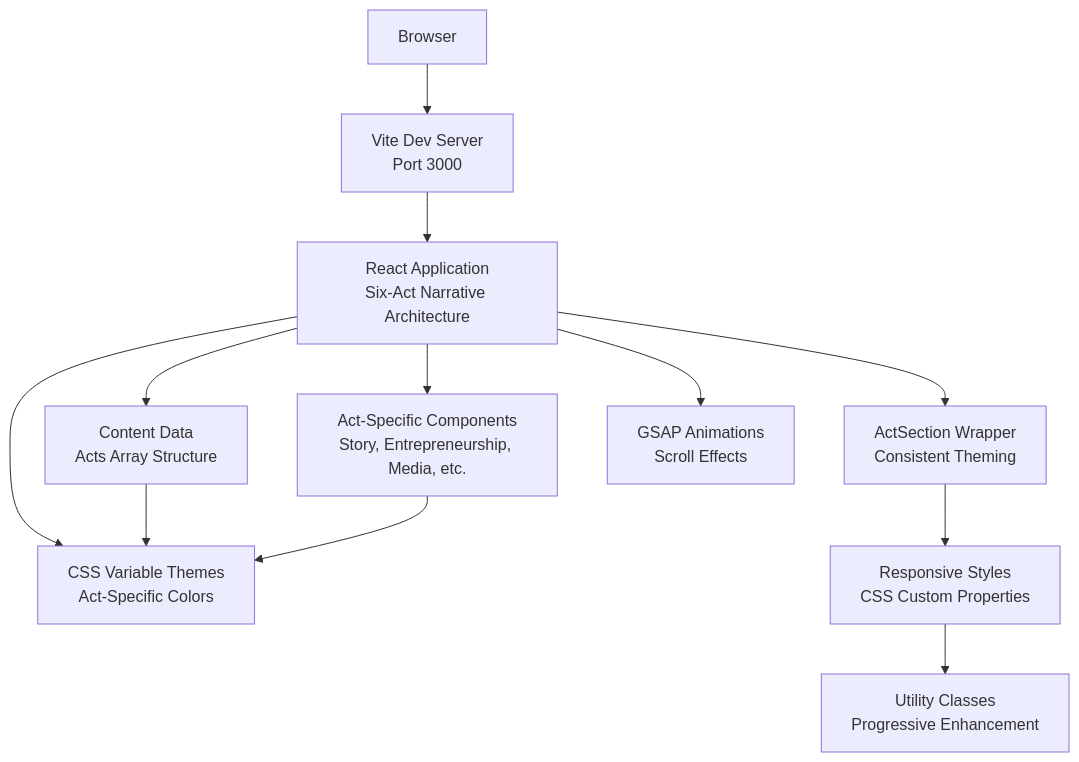
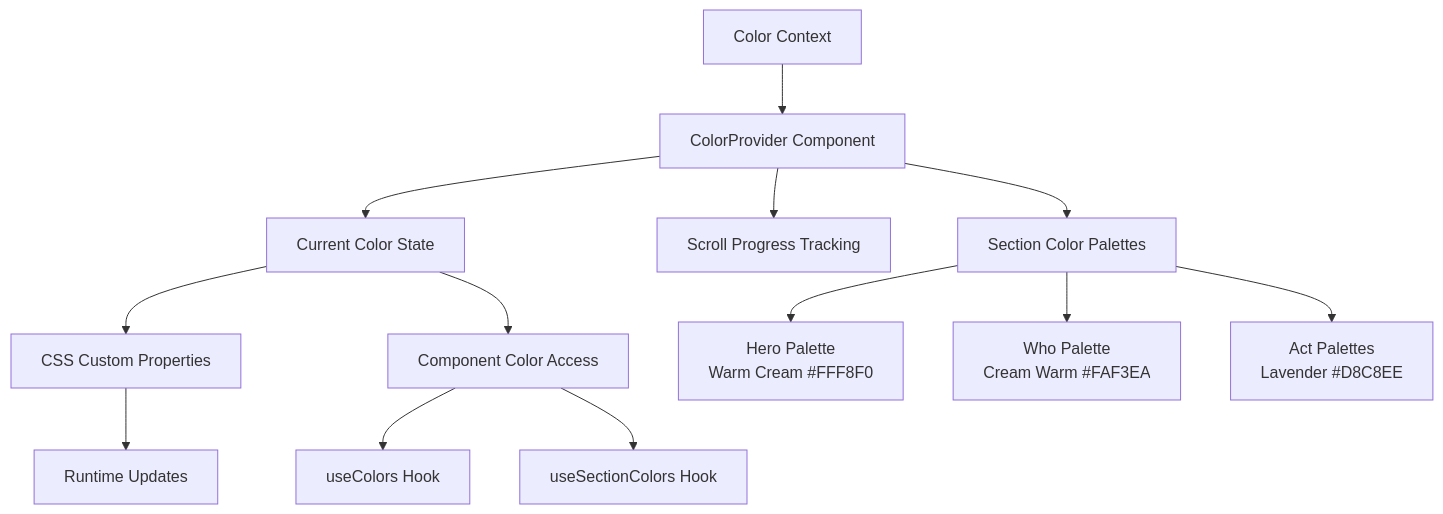
One commit to rakeshmaity271/frankie-picasso changed the third of 10 diagrams in .qoder/repowiki/en/content/Application Architecture.md. Above: the diagram before and after it, drawn with Mermaid. The commit also changed other lines of this file and 38 other files, not shown here.

````diff
--- a/.qoder/repowiki/en/content/Application Architecture.md
+++ b/.qoder/repowiki/en/content/Application Architecture.md
@@ -216,24 +340,15 @@
 ```mermaid
 graph TB
-Browser["Browser"]
-ViteDev["Vite Dev Server<br/>Port 3000"]
-ReactApp["React Application<br/>Six-Act Narrative Architecture"]
-ActSection["ActSection Wrapper<br/>Consistent Theming"]
-Content["Content Data<br/>Acts Array Structure"]
-Themes["CSS Variable Themes<br/>Act-Specific Colors"]
-Components["Act-Specific Components<br/>Story, Entrepreneurship, Media, etc."]
-Animations["GSAP Animations<br/>Scroll Effects"]
-Styles["Responsive Styles<br/>CSS Custom Properties"]
-Utilities["Utility Classes<br/>Progressive Enhancement"]
-Browser --> ViteDev
-ViteDev --> ReactApp
-ReactApp --> ActSection
-ReactApp --> Content
-ReactApp --> Themes
-ReactApp --> Components
-ReactApp --> Animations
-ActSection --> Styles
-Styles --> Utilities
-Content --> Themes
-Components --> Themes
+ColorContext["Color Context"] --> ColorProvider["ColorProvider Component"]
+ColorProvider --> CurrentColors["Current Color State"]
+ColorProvider --> ScrollProgress["Scroll Progress Tracking"]
+ColorProvider --> SectionPalettes["Section Color Palettes"]
+CurrentColors --> CSSVariables["CSS Custom Properties"]
+CurrentColors --> ComponentAccess["Component Color Access"]
+SectionPalettes --> HeroPalette["Hero Palette<br/>Warm Cream #FFF8F0"]
+SectionPalettes --> WhoPalette["Who Palette<br/>Cream Warm #FAF3EA"]
+SectionPalettes --> ActPalettes["Act Palettes<br/>Lavender #D8C8EE"]
+CSSVariables --> DynamicUpdates["Runtime Updates"]
+ComponentAccess --> UseColorsHook["useColors Hook"]
+ComponentAccess --> UseSectionColors["useSectionColors Hook"]
 ```
````
